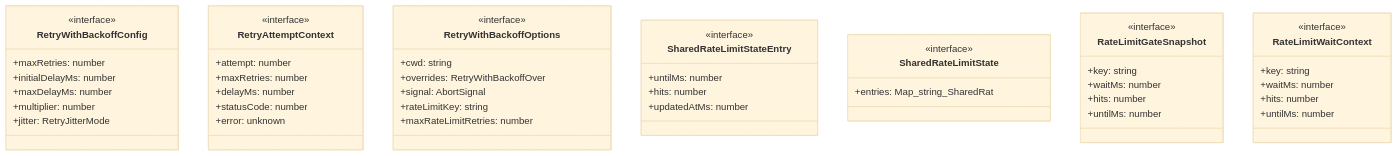
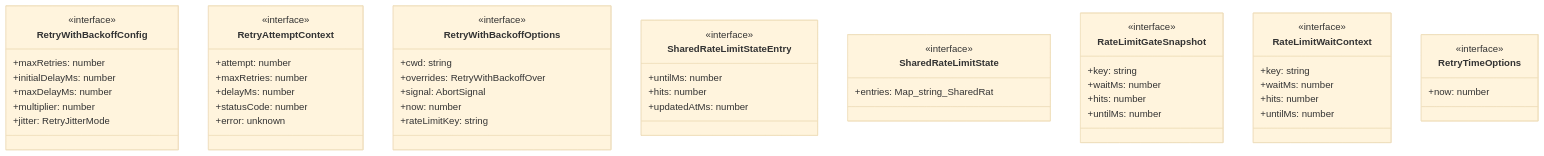
The first of 4 diagrams in ABDD/.pi/lib/retry-with-backoff.md (Mekann2904/mekann), drawn with Mermaid (base theme) before and after one commit. The commit also changed other lines of this file and 205 other files, not shown here.

````diff
--- a/ABDD/.pi/lib/retry-with-backoff.md
+++ b/ABDD/.pi/lib/retry-with-backoff.md
@@ -44,51 +48,55 @@
 ```mermaid
 classDiagram
   class RetryWithBackoffConfig {
     <<interface>>
     +maxRetries: number
     +initialDelayMs: number
     +maxDelayMs: number
     +multiplier: number
     +jitter: RetryJitterMode
   }
   class RetryAttemptContext {
     <<interface>>
     +attempt: number
     +maxRetries: number
     +delayMs: number
     +statusCode: number
     +error: unknown
   }
   class RetryWithBackoffOptions {
     <<interface>>
     +cwd: string
     +overrides: RetryWithBackoffOver
     +signal: AbortSignal
+    +now: number
     +rateLimitKey: string
-    +maxRateLimitRetries: number
   }
   class SharedRateLimitStateEntry {
     <<interface>>
     +untilMs: number
     +hits: number
     +updatedAtMs: number
   }
   class SharedRateLimitState {
     <<interface>>
     +entries: Map_string_SharedRat
   }
   class RateLimitGateSnapshot {
     <<interface>>
     +key: string
     +waitMs: number
     +hits: number
     +untilMs: number
   }
   class RateLimitWaitContext {
     <<interface>>
     +key: string
     +waitMs: number
     +hits: number
     +untilMs: number
   }
+  class RetryTimeOptions {
+    <<interface>>
+    +now: number
+  }
 ```
````
